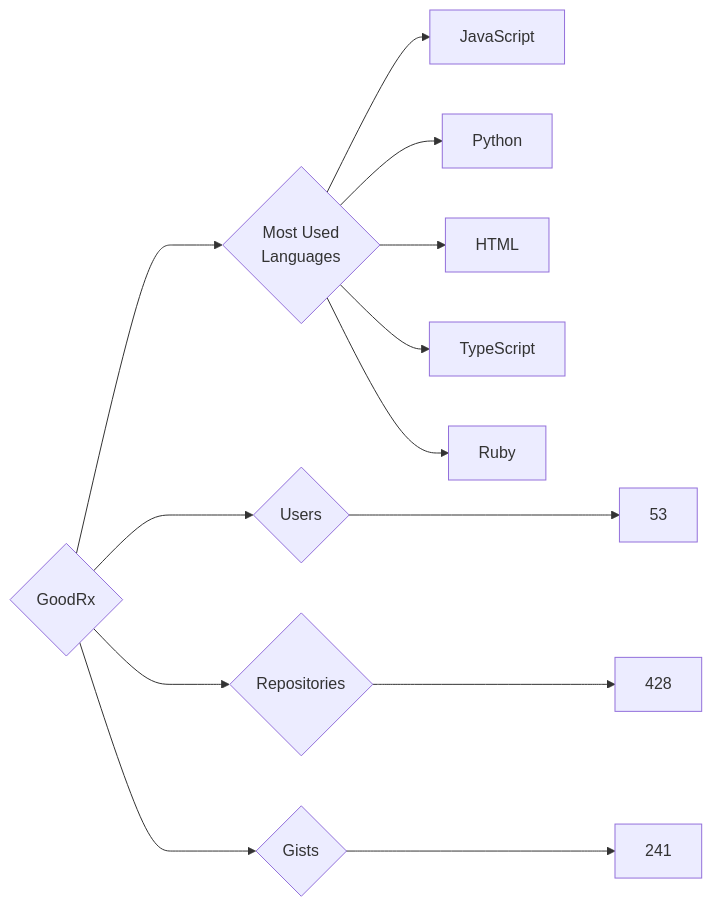
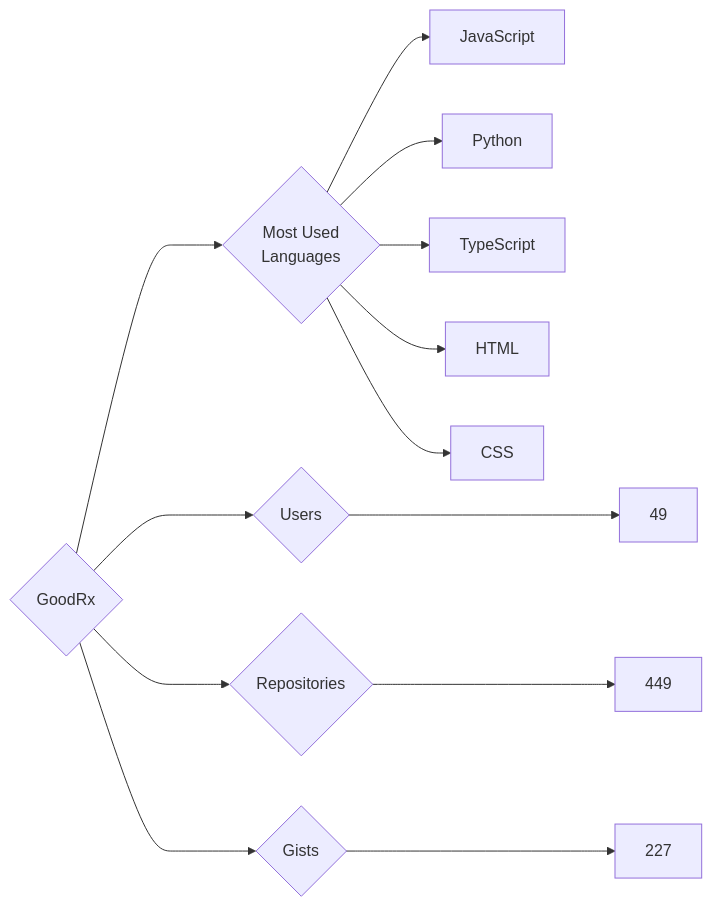
Before and after one commit to trickest/insiders: the diagram in targets/GoodRx/README.md, drawn with Mermaid. The commit also changed 888 other files, not shown here.

````diff
--- a/targets/GoodRx/README.md
+++ b/targets/GoodRx/README.md
@@ -3,13 +3,13 @@
 ```mermaid
 graph LR
 COMPANY_NAME{GoodRx}
-COMPANY_NAME ---> U{Users} ---> UN[53]
-COMPANY_NAME ---> R{Repositories} ---> RN[428]
-COMPANY_NAME ---> G{Gists} ---> GN[241]
+COMPANY_NAME ---> U{Users} ---> UN[49]
+COMPANY_NAME ---> R{Repositories} ---> RN[449]
+COMPANY_NAME ---> G{Gists} ---> GN[227]
 COMPANY_NAME ---> ML{Most Used<br>Languages}
 ML --> JavaScript[JavaScript]
 ML --> Python[Python]
+ML --> TypeScript[TypeScript]
 ML --> HTML[HTML]
-ML --> TypeScript[TypeScript]
-ML --> Ruby[Ruby]
+ML --> CSS[CSS]
 ```
````
